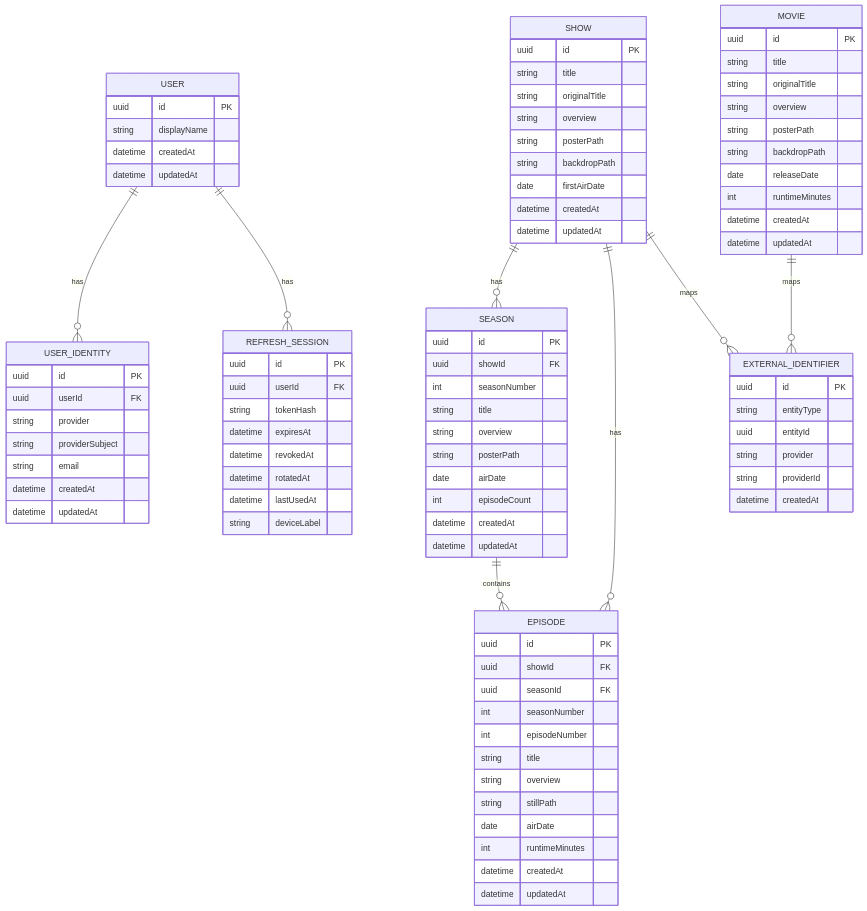
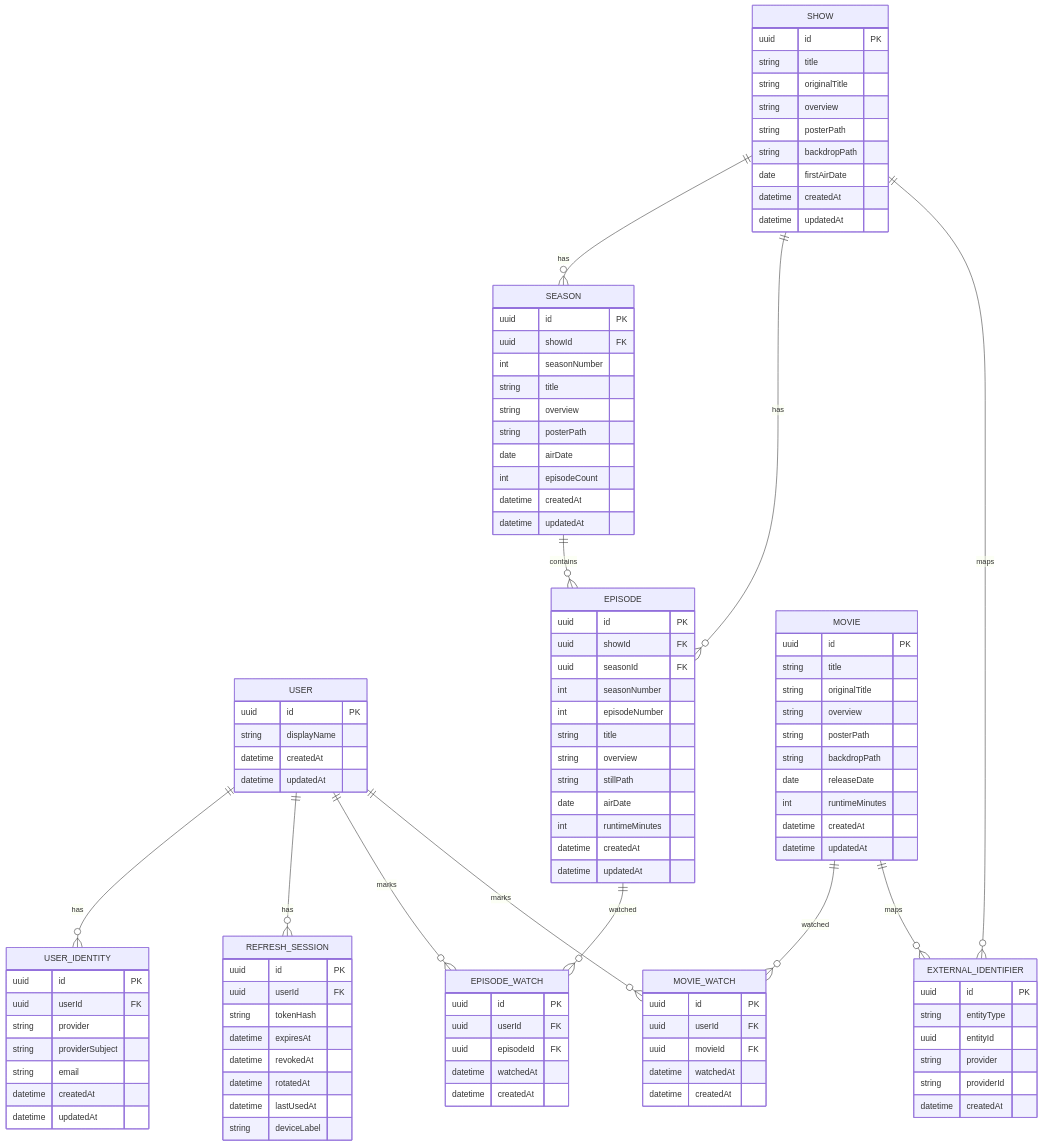
One commit to luiskabal/tvlore changed the eighth of 9 diagrams in docs/current-state.md. Above: the diagram before and after it, drawn with Mermaid. The commit also changed other lines of this file and 21 other files, not shown here.

````diff
--- a/docs/current-state.md
+++ b/docs/current-state.md
@@ -390,9 +395,13 @@
 erDiagram
   USER ||--o{ USER_IDENTITY : has
   USER ||--o{ REFRESH_SESSION : has
+  USER ||--o{ EPISODE_WATCH : marks
+  USER ||--o{ MOVIE_WATCH : marks
   SHOW ||--o{ SEASON : has
   SHOW ||--o{ EPISODE : has
   SEASON ||--o{ EPISODE : contains
+  EPISODE ||--o{ EPISODE_WATCH : watched
+  MOVIE ||--o{ MOVIE_WATCH : watched
   SHOW ||--o{ EXTERNAL_IDENTIFIER : maps
   MOVIE ||--o{ EXTERNAL_IDENTIFIER : maps
 
@@ -485,4 +494,20 @@
     string providerId
     datetime createdAt
   }
+
+  EPISODE_WATCH {
+    uuid id PK
+    uuid userId FK
+    uuid episodeId FK
+    datetime watchedAt
+    datetime createdAt
+  }
+
+  MOVIE_WATCH {
+    uuid id PK
+    uuid userId FK
+    uuid movieId FK
+    datetime watchedAt
+    datetime createdAt
+  }
 ```
````
